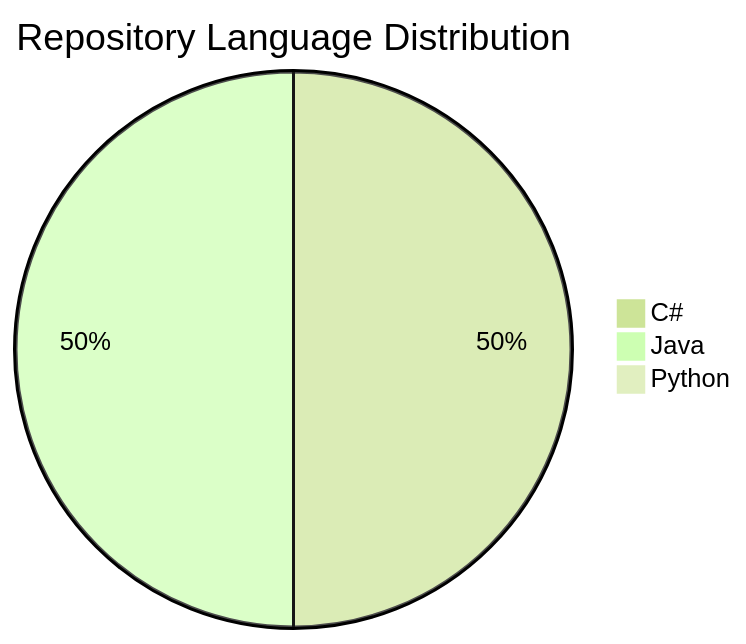
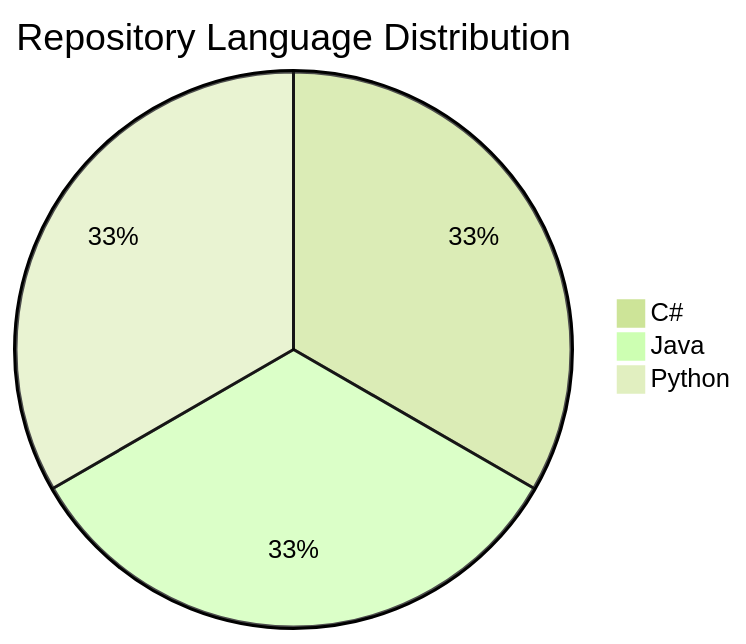
The diagram in profile/README.md (fanto-docs/.github), drawn with Mermaid (forest theme) before and after one commit. The commit also changed other lines of this file, not shown here.

````diff
--- a/profile/README.md
+++ b/profile/README.md
@@ -29,6 +29,6 @@
 ```mermaid
 pie title Repository Language Distribution
     "C#" : 1
     "Java": 1
-    "Python" : 0
+    "Python" : 1
 ```
````
